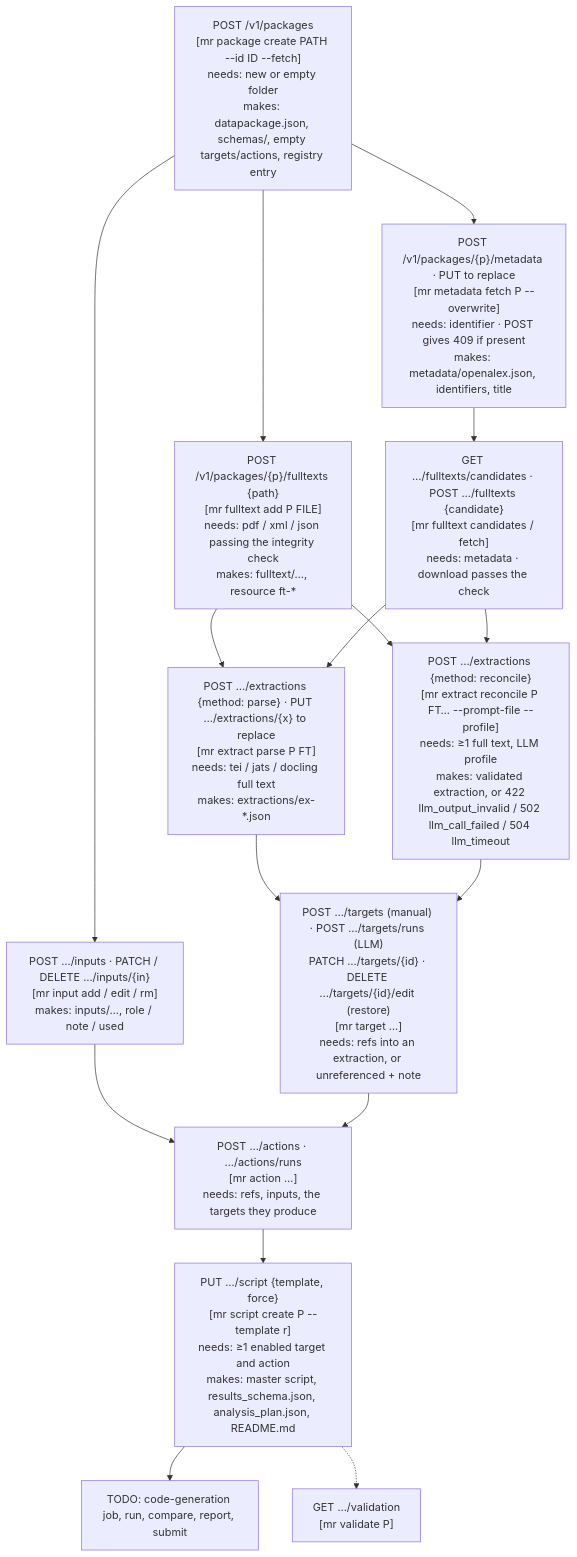
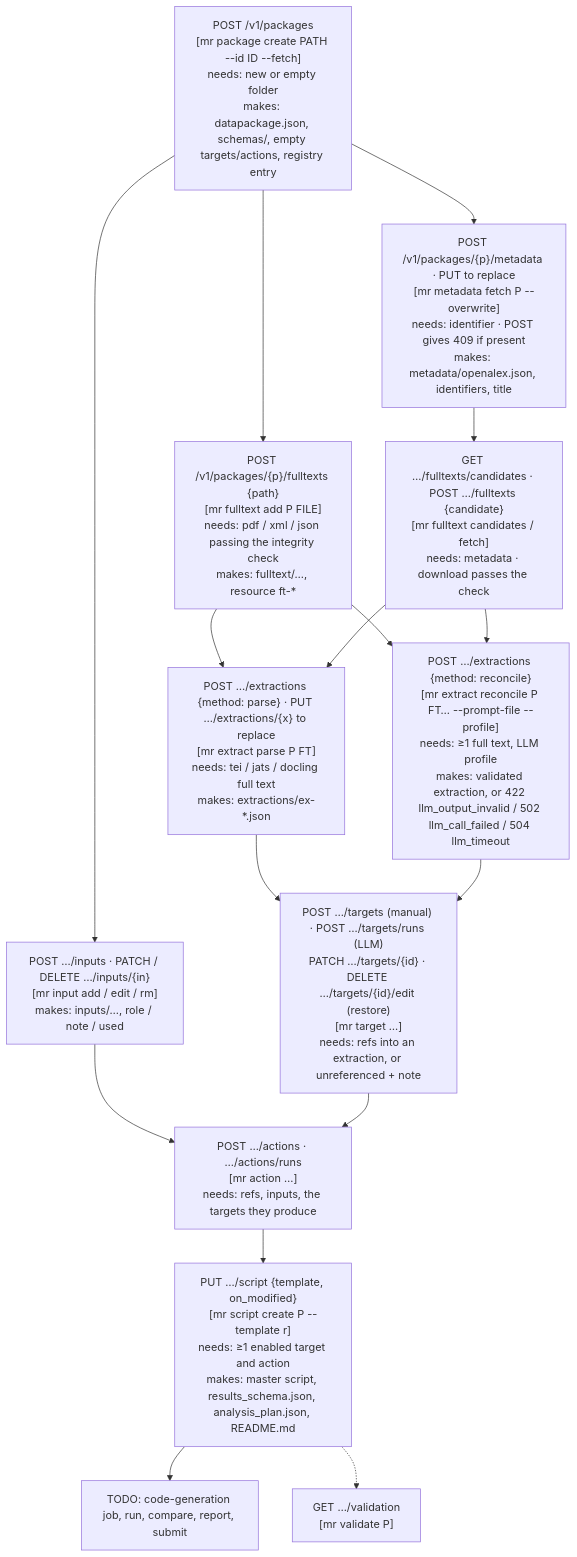
The second of 5 diagrams in docs/design.md (forrtproject/reprocrowd-app), drawn with Mermaid before and after one commit. The commit also changed other lines of this file and 26 other files, not shown here.

````diff
--- a/docs/design.md
+++ b/docs/design.md
@@ -86,27 +86,27 @@
 ```mermaid
 flowchart TD
   A["POST /v1/packages<br/>[mr package create PATH --id ID --fetch]<br/>needs: new or empty folder<br/>makes: datapackage.json, schemas/, empty targets/actions, registry entry"]
   B["POST /v1/packages/{p}/metadata · PUT to replace<br/>[mr metadata fetch P --overwrite]<br/>needs: identifier · POST gives 409 if present<br/>makes: metadata/openalex.json, identifiers, title"]
   C1["POST /v1/packages/{p}/fulltexts {path}<br/>[mr fulltext add P FILE]<br/>needs: pdf / xml / json passing the integrity check<br/>makes: fulltext/…, resource ft-*"]
   C2["GET …/fulltexts/candidates · POST …/fulltexts {candidate}<br/>[mr fulltext candidates / fetch]<br/>needs: metadata · download passes the check"]
   D["POST …/extractions {method: parse} · PUT …/extractions/{x} to replace<br/>[mr extract parse P FT]<br/>needs: tei / jats / docling full text<br/>makes: extractions/ex-*.json"]
   E["POST …/extractions {method: reconcile}<br/>[mr extract reconcile P FT… --prompt-file --profile]<br/>needs: ≥1 full text, LLM profile<br/>makes: validated extraction, or 422 llm_output_invalid / 502 llm_call_failed / 504 llm_timeout"]
   F["POST …/inputs · PATCH / DELETE …/inputs/{in}<br/>[mr input add / edit / rm]<br/>makes: inputs/…, role / note / used"]
   G["POST …/targets (manual) · POST …/targets/runs (LLM)<br/>PATCH …/targets/{id} · DELETE …/targets/{id}/edit (restore)<br/>[mr target …]<br/>needs: refs into an extraction, or unreferenced + note"]
   H["POST …/actions · …/actions/runs<br/>[mr action …]<br/>needs: refs, inputs, the targets they produce"]
-  I["PUT …/script {template, force}<br/>[mr script create P --template r]<br/>needs: ≥1 enabled target and action<br/>makes: master script, results_schema.json, analysis_plan.json, README.md"]
+  I["PUT …/script {template, on_modified}<br/>[mr script create P --template r]<br/>needs: ≥1 enabled target and action<br/>makes: master script, results_schema.json, analysis_plan.json, README.md"]
   V["GET …/validation<br/>[mr validate P]"]
   T["TODO: code-generation job, run, compare, report, submit"]
   A --> B --> C2
   A --> C1
   C1 --> D
   C2 --> D
   C1 --> E
   C2 --> E
   D --> G
   E --> G
   A --> F
   F --> H
   G --> H --> I --> T
   I -.-> V
 ```
````
